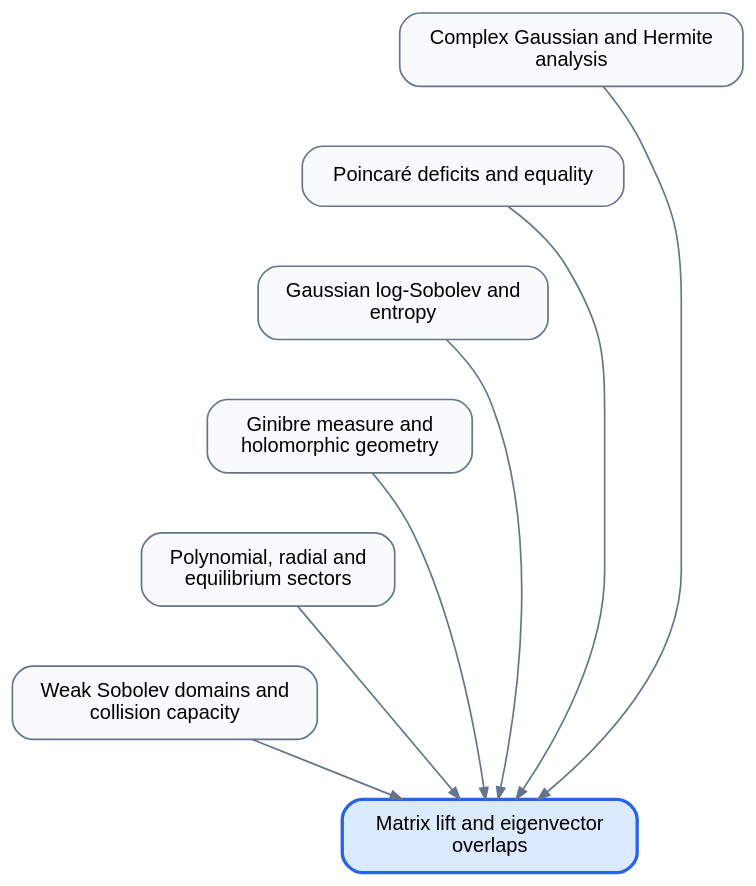
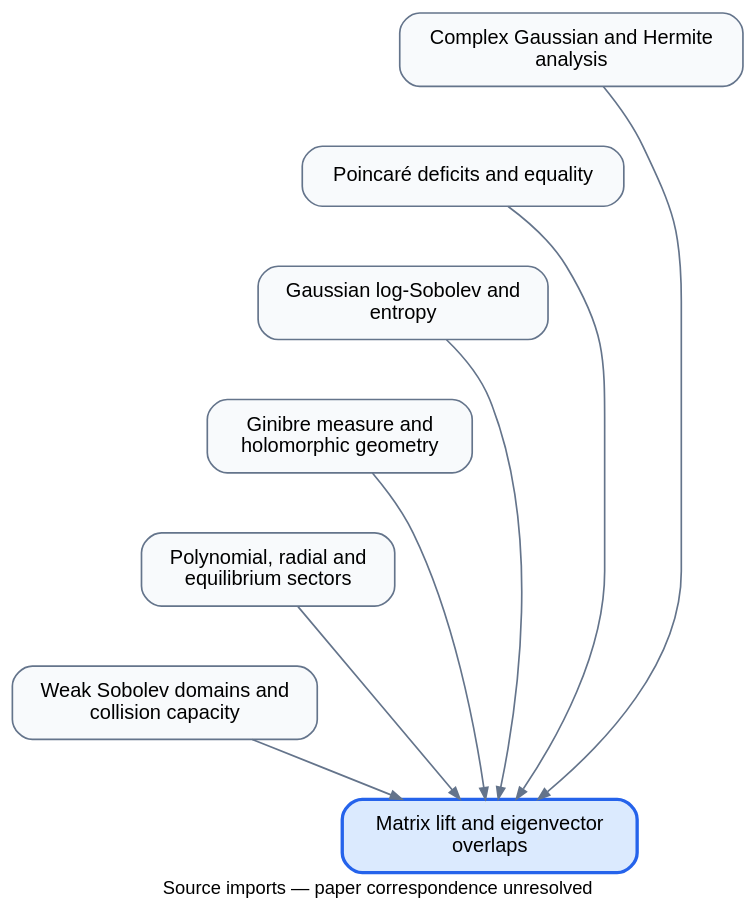
The diagram in diagrams/MatrixLift.dot (djalilchafai/ginibre-poincare), drawn with Graphviz before and after one commit. The commit also changed 68 other files, not shown here.

Commit message:
Synchronize all documentation and dependency graphics with correspondence review

```diff
--- a/diagrams/MatrixLift.dot
+++ b/diagrams/MatrixLift.dot
@@ -1,24 +1,24 @@
 digraph dependencies {
 rankdir=TB;
-graph [bgcolor="transparent", pad="0.3", nodesep="0.3"];
+graph [bgcolor="transparent", pad="0.3", nodesep="0.3", label="Source imports — paper correspondence unresolved", labelloc=b, fontname="sans-serif", fontsize=11];
 node [shape=box, style="rounded,filled", fillcolor="#f8fafc", color="#64748b", fontname="sans-serif", fontsize=12, margin="0.18,0.12"];
 edge [color="#64748b", arrowsize=0.7];
 ComplexGaussianHermite [label="Complex Gaussian and Hermite\nanalysis"];
 DeficitsEquality [label="Poincaré deficits and equality"];
 GaussianLSI [label="Gaussian log-Sobolev and\nentropy"];
 GinibreMeasureGeometry [label="Ginibre measure and\nholomorphic geometry"];
 PolynomialRadial [label="Polynomial, radial and\nequilibrium sectors"];
 WeakSobolev [label="Weak Sobolev domains and\ncollision capacity"];
 MatrixLift [label="Matrix lift and eigenvector\noverlaps", fillcolor="#dbeafe", color="#2563eb", penwidth=2];
 ComplexGaussianHermite -> MatrixLift;
 DeficitsEquality -> MatrixLift;
 GaussianLSI -> MatrixLift;
 GinibreMeasureGeometry -> MatrixLift;
 PolynomialRadial -> MatrixLift;
 WeakSobolev -> MatrixLift;
 ComplexGaussianHermite -> DeficitsEquality [style=invis];
 DeficitsEquality -> GaussianLSI [style=invis];
 GaussianLSI -> GinibreMeasureGeometry [style=invis];
 GinibreMeasureGeometry -> PolynomialRadial [style=invis];
 PolynomialRadial -> WeakSobolev [style=invis];
 }
```
